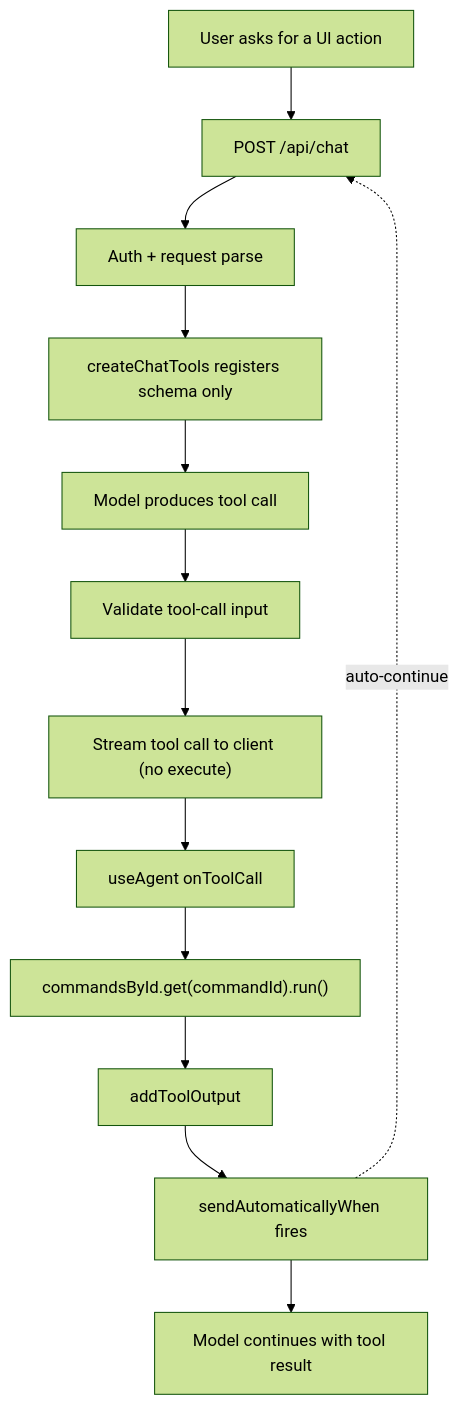
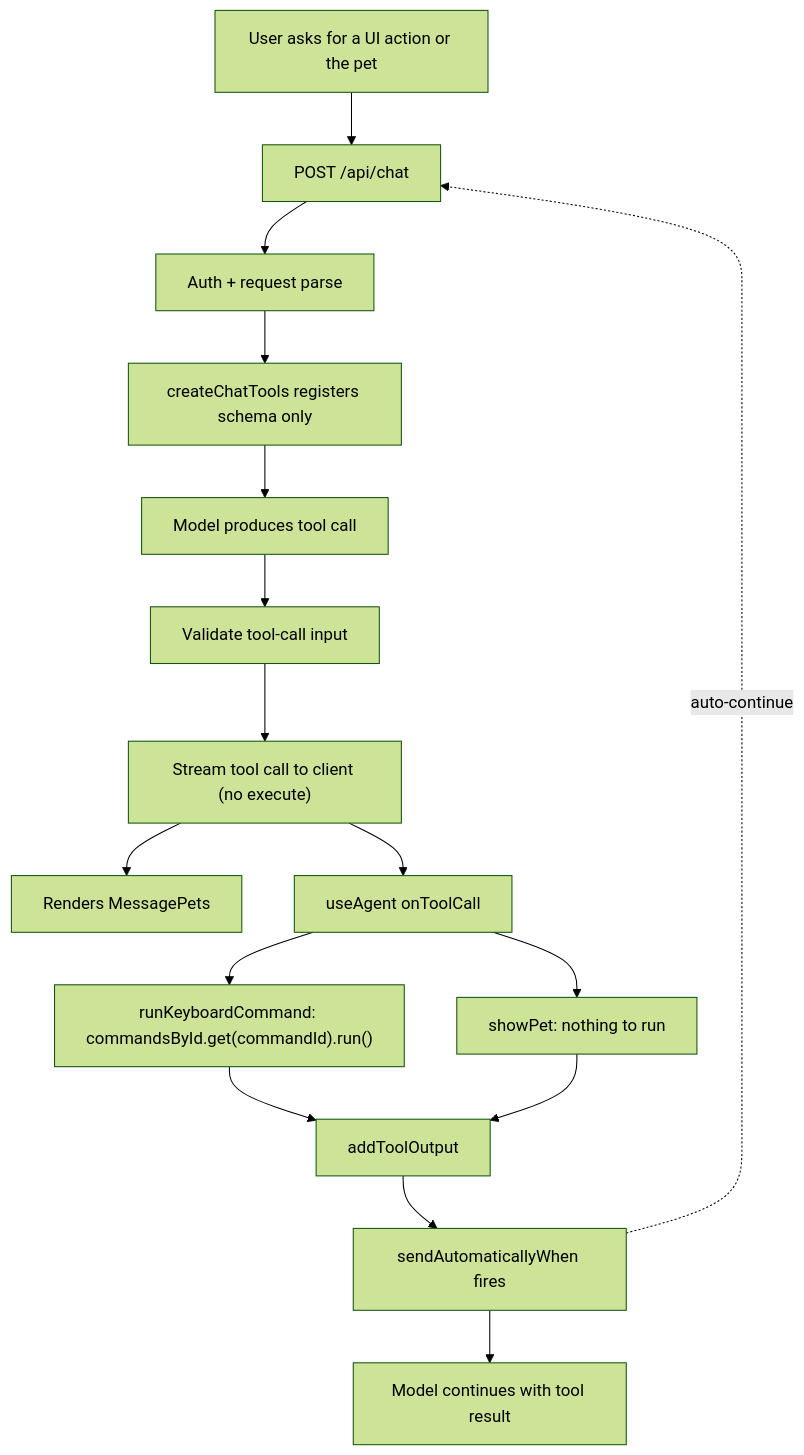
The fourth of 4 diagrams in docs/chatbot.md (brandon-cercedo/root-next-template), drawn with Mermaid (forest theme) before and after one commit. The commit also changed other lines of this file and 20 other files, not shown here.

First line of the commit message:
feat(RNT-101): render pet in chat via a model-triggered showPet tool (#67)

````diff
--- a/docs/chatbot.md
+++ b/docs/chatbot.md
@@ -203,20 +208,25 @@
 ```mermaid
 flowchart TD
-  user["User asks for a UI action"]
+  user["User asks for a UI action or the pet"]
   post["POST /api/chat"]
   auth["Auth + request parse"]
   tools["createChatTools registers schema only"]
   stream["Model produces tool call"]
   validate["Validate tool-call input"]
   streamOut["Stream tool call to client (no execute)"]
+  render["Renders MessagePets"]
   onToolCall["useAgent onToolCall"]
-  run["commandsById.get(commandId).run()"]
+  handle1["runKeyboardCommand: commandsById.get(commandId).run()"]
+  handle2["showPet: nothing to run"]
   output["addToolOutput"]
   auto["sendAutomaticallyWhen fires"]
   continue["Model continues with tool result"]
 
   user --> post --> auth --> tools --> stream --> validate
-  validate --> streamOut --> onToolCall --> run --> output --> auto
-  auto --> continue
+  validate --> streamOut --> onToolCall
+  streamOut --> render
+  onToolCall --> handle1 --> output
+  onToolCall --> handle2 --> output
+  output --> auto --> continue
   auto -.->|auto-continue| post
 ```
````
